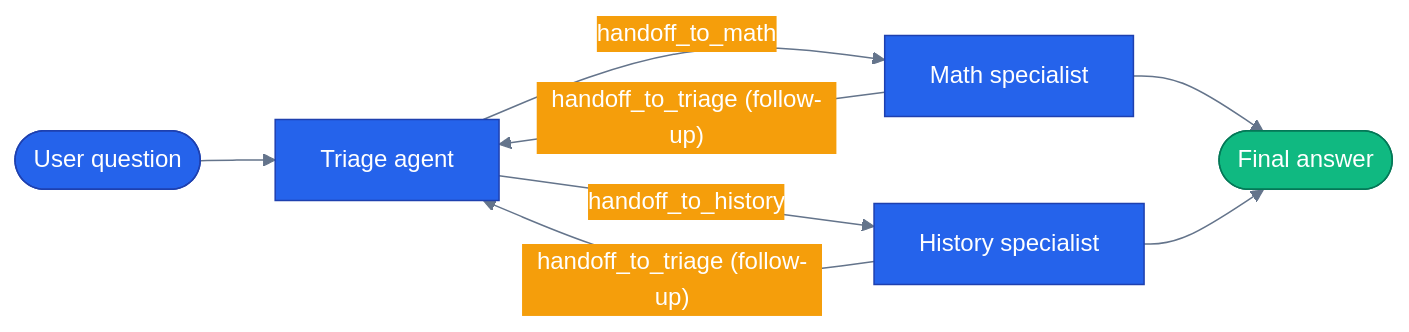
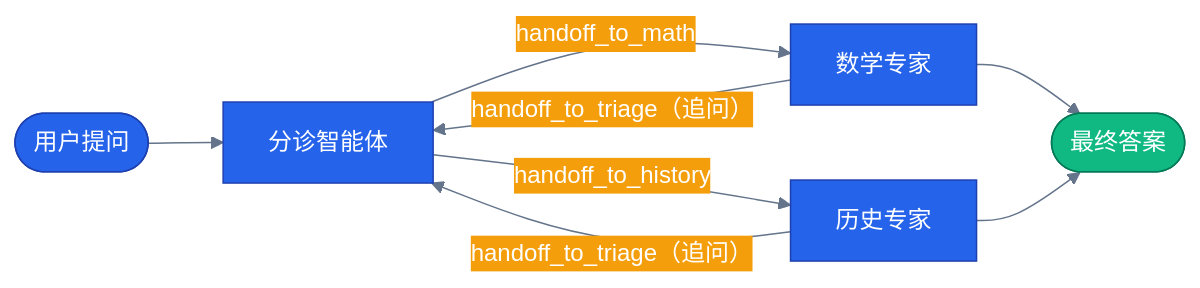
One commit to s1encisi/reliable-commerce-agents changed the diagram in tutorials/14-handoff-orchestration/README.md. Above: the diagram before and after it, drawn with Mermaid. The commit also changed other lines of this file and 1033 other files, not shown here.

````diff
--- a/tutorials/14-handoff-orchestration/README.md
+++ b/tutorials/14-handoff-orchestration/README.md
@@ -20,29 +22,29 @@
 ```mermaid
 %%{init: {'theme':'base', 'themeVariables': {
   'primaryColor': '#2563eb','primaryTextColor': '#ffffff','primaryBorderColor': '#1e40af',
   'lineColor': '#64748b','secondaryColor': '#f59e0b','tertiaryColor': '#10b981',
   'background': 'transparent'}}}%%
 flowchart LR
   classDef core     fill:#2563eb,stroke:#1e40af,color:#ffffff
   classDef external fill:#f59e0b,stroke:#b45309,color:#000000
   classDef success  fill:#10b981,stroke:#047857,color:#ffffff
 
-  user([User question])
-  triage[Triage agent]
-  math[Math specialist]
-  history[History specialist]
-  answer([Final answer])
+  user([用户提问])
+  triage[分诊智能体]
+  math[数学专家]
+  history[历史专家]
+  answer([最终答案])
 
   user --> triage
   triage -- "handoff_to_math" --> math
   triage -- "handoff_to_history" --> history
-  math -- "handoff_to_triage (follow-up)" --> triage
-  history -- "handoff_to_triage (follow-up)" --> triage
+  math -- "handoff_to_triage（追问）" --> triage
+  history -- "handoff_to_triage（追问）" --> triage
   math --> answer
   history --> answer
 
   class triage core
   class math core
   class history core
   class answer success
 ```
````
